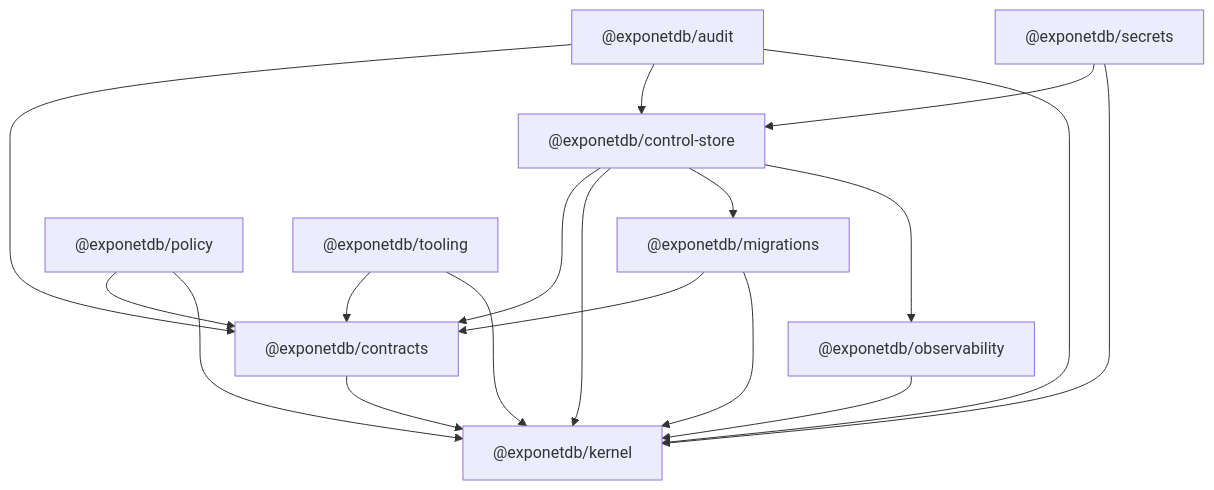
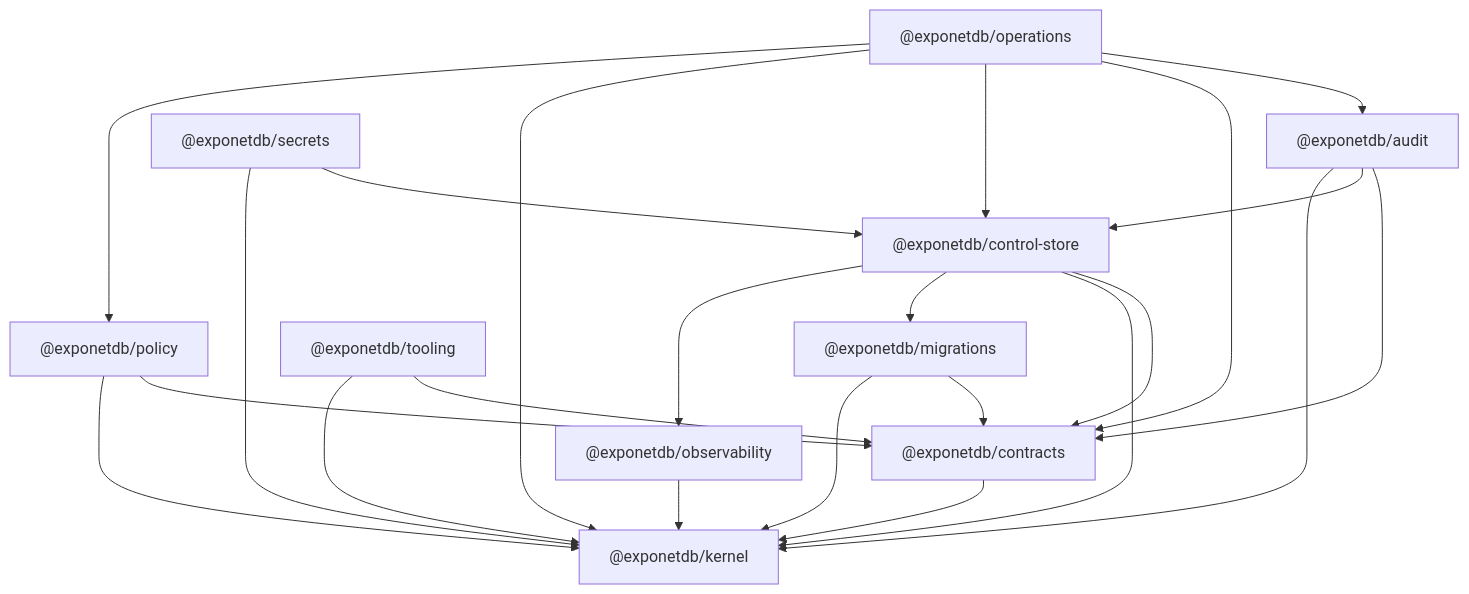
Before and after one commit to davdxpx/ExponetDB: the diagram in tooling/boundaries/package-graph.md, drawn with Mermaid. The commit also changed 31 other files, not shown here.

````diff
--- a/tooling/boundaries/package-graph.md
+++ b/tooling/boundaries/package-graph.md
@@ -7,29 +7,35 @@
 ```mermaid
 graph TD
   packages_audit["@exponetdb/audit"]
   packages_contracts["@exponetdb/contracts"]
   packages_control-store["@exponetdb/control-store"]
   packages_kernel["@exponetdb/kernel"]
   packages_migrations["@exponetdb/migrations"]
   packages_observability["@exponetdb/observability"]
+  packages_operations["@exponetdb/operations"]
   packages_policy["@exponetdb/policy"]
   packages_secrets["@exponetdb/secrets"]
   tooling["@exponetdb/tooling"]
   packages_audit["@exponetdb/audit"] --> packages_contracts
   packages_audit["@exponetdb/audit"] --> packages_control-store
   packages_audit["@exponetdb/audit"] --> packages_kernel
   packages_contracts["@exponetdb/contracts"] --> packages_kernel
   packages_control-store["@exponetdb/control-store"] --> packages_contracts
   packages_control-store["@exponetdb/control-store"] --> packages_kernel
   packages_control-store["@exponetdb/control-store"] --> packages_migrations
   packages_control-store["@exponetdb/control-store"] --> packages_observability
   packages_migrations["@exponetdb/migrations"] --> packages_contracts
   packages_migrations["@exponetdb/migrations"] --> packages_kernel
   packages_observability["@exponetdb/observability"] --> packages_kernel
+  packages_operations["@exponetdb/operations"] --> packages_audit
+  packages_operations["@exponetdb/operations"] --> packages_contracts
+  packages_operations["@exponetdb/operations"] --> packages_control-store
+  packages_operations["@exponetdb/operations"] --> packages_kernel
+  packages_operations["@exponetdb/operations"] --> packages_policy
   packages_policy["@exponetdb/policy"] --> packages_contracts
   packages_policy["@exponetdb/policy"] --> packages_kernel
   packages_secrets["@exponetdb/secrets"] --> packages_control-store
   packages_secrets["@exponetdb/secrets"] --> packages_kernel
   tooling["@exponetdb/tooling"] --> packages_contracts
   tooling["@exponetdb/tooling"] --> packages_kernel
 ```
````
